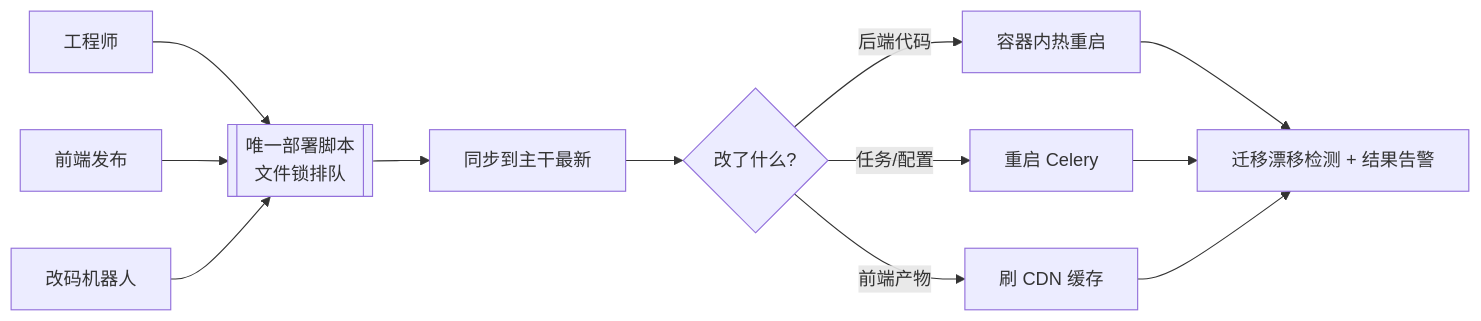
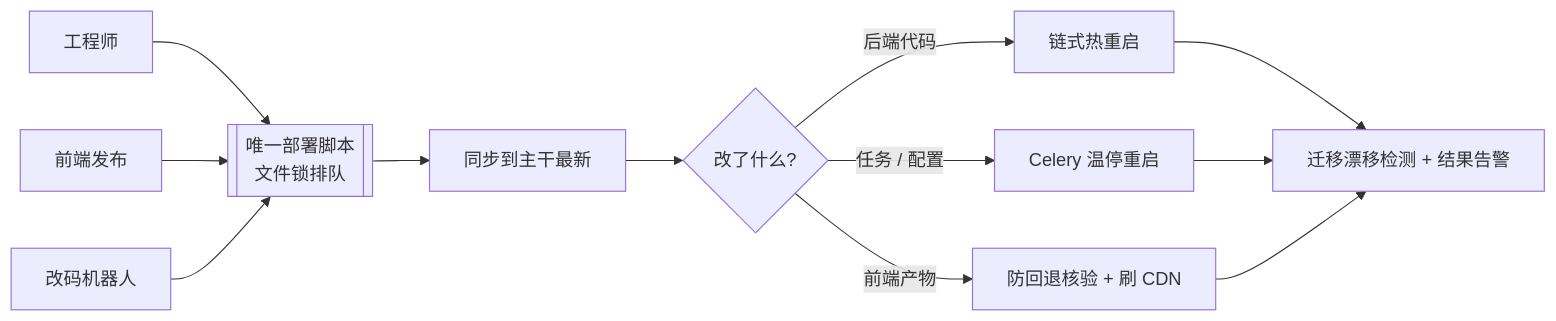
One commit to lofty14/restaurant-digitalization-blueprint changed the second of 2 diagrams in 01-architecture/deployment.md. Above: the diagram before and after it, drawn with Mermaid. The commit also changed other lines of this file and 33 other files, not shown here.

````diff
--- a/01-architecture/deployment.md
+++ b/01-architecture/deployment.md
@@ -64,12 +66,12 @@
 ```mermaid
 flowchart LR
     A1[工程师] --> Q
     A2[前端发布] --> Q
     A3[改码机器人] --> Q
     Q[["唯一部署脚本<br/>文件锁排队"]] --> S1[同步到主干最新]
     S1 --> S2{改了什么?}
-    S2 -- 后端代码 --> S3[容器内热重启]
-    S2 -- 任务/配置 --> S4[重启 Celery]
-    S2 -- 前端产物 --> S5[刷 CDN 缓存]
+    S2 -->|后端代码| S3[链式热重启]
+    S2 -->|"任务 / 配置"| S4[Celery 温停重启]
+    S2 -->|前端产物| S5[防回退核验 + 刷 CDN]
     S3 & S4 & S5 --> S6[迁移漂移检测 + 结果告警]
 ```
````
